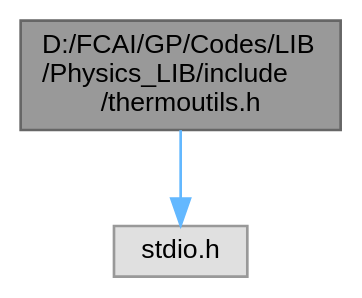
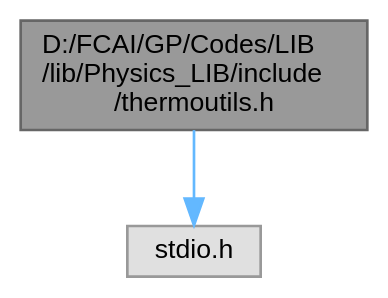
Before and after one commit to Computational-science-based-on-HPC/Computational-science-based-on-HPC.github.i: the diagram in thermoutils_8h__incl.dot, drawn with Graphviz. The commit also changed 103 other files, not shown here.

```diff
--- a/thermoutils_8h__incl.dot
+++ b/thermoutils_8h__incl.dot
@@ -1,10 +1,10 @@
-digraph "D:/FCAI/GP/Codes/LIB/Physics_LIB/include/thermoutils.h"
+digraph "D:/FCAI/GP/Codes/LIB/lib/Physics_LIB/include/thermoutils.h"
 {
  // LATEX_PDF_SIZE
   bgcolor="transparent";
   edge [fontname=Helvetica,fontsize=10,labelfontname=Helvetica,labelfontsize=10];
   node [fontname=Helvetica,fontsize=10,shape=box,height=0.2,width=0.4];
-  Node1 [id="Node000001",label="D:/FCAI/GP/Codes/LIB\l/Physics_LIB/include\l/thermoutils.h",height=0.2,width=0.4,color="gray40", fillcolor="grey60", style="filled", fontcolor="black",tooltip=" "];
+  Node1 [id="Node000001",label="D:/FCAI/GP/Codes/LIB\l/lib/Physics_LIB/include\l/thermoutils.h",height=0.2,width=0.4,color="gray40", fillcolor="grey60", style="filled", fontcolor="black",tooltip="This file contains the utility functions used by the heat transfer simulation in 1D and 2D to help in..."];
   Node1 -> Node2 [id="edge1_Node000001_Node000002",color="steelblue1",style="solid",tooltip=" "];
   Node2 [id="Node000002",label="stdio.h",height=0.2,width=0.4,color="grey60", fillcolor="#E0E0E0", style="filled",tooltip=" "];
 }
```
